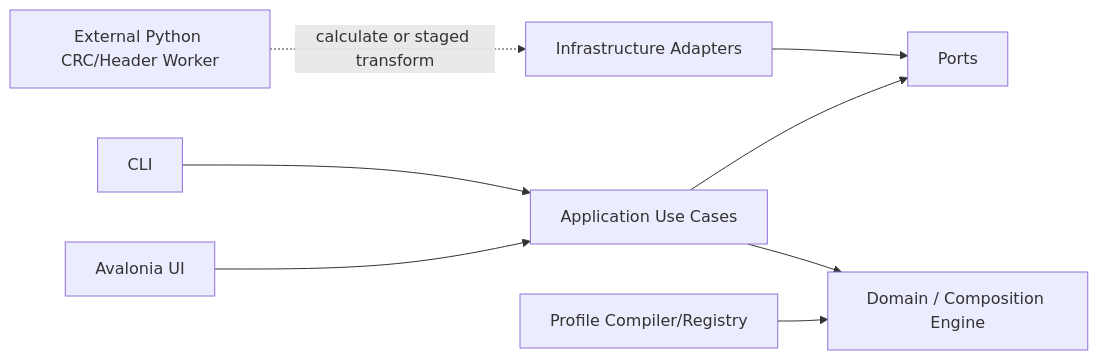
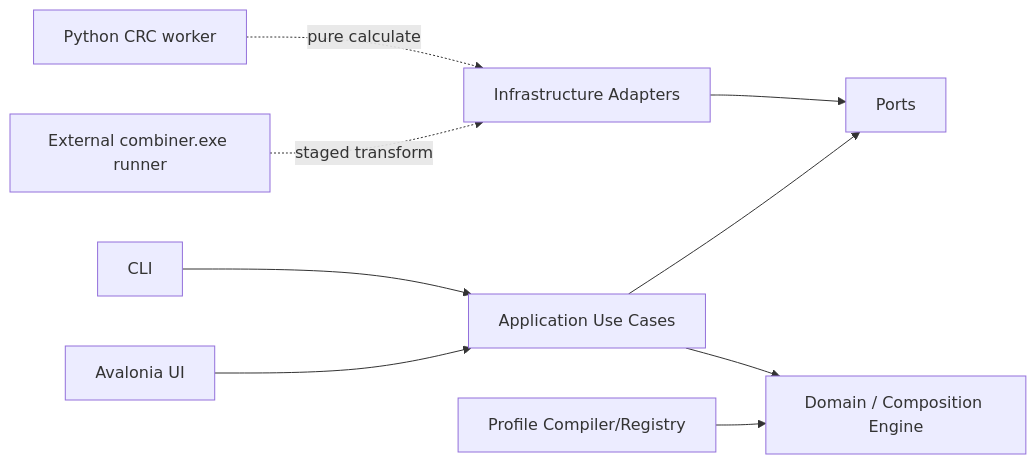
One commit to Dennis40816/nvt_fw_combiner changed the diagram in SPEC.md. Above: the diagram before and after it, drawn with Mermaid. The commit also changed other lines of this file, not shown here.

Commit message:
docs: align crc header processing with external combiner runner

````diff
--- a/SPEC.md
+++ b/SPEC.md
@@ -369,10 +321,11 @@
 ```mermaid
 flowchart LR
     UI[Avalonia UI] --> APP[Application Use Cases]
     CLI[CLI] --> APP
     APP --> DOMAIN[Domain / Composition Engine]
     APP --> PORTS[Ports]
     INFRA[Infrastructure Adapters] --> PORTS
     PROFILE[Profile Compiler/Registry] --> DOMAIN
-    PY[External Python CRC/Header Worker] -. calculate or staged transform .-> INFRA
+    TOOL[External combiner.exe runner] -. staged transform .-> INFRA
+    PY[Python CRC worker] -. pure calculate .-> INFRA
 ```
````
